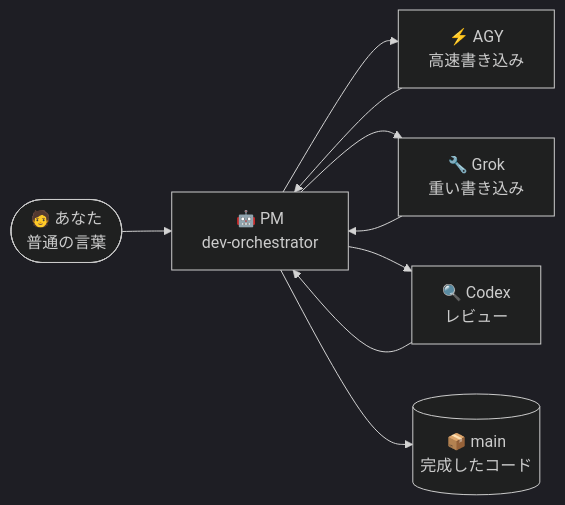
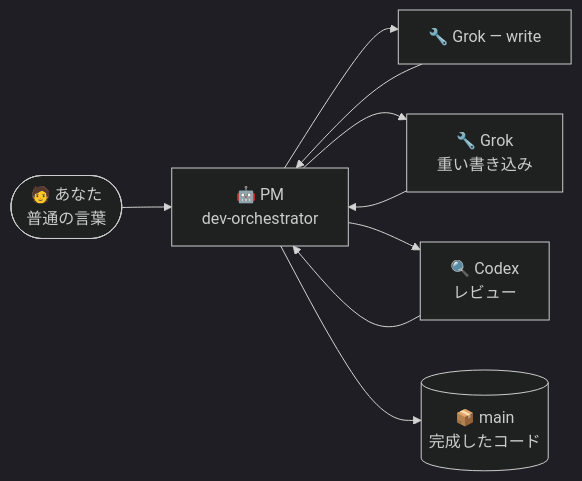
The diagram in docs/BEGINNER.ja.md (VKirill/claude-lane-stack), drawn with Mermaid (dark theme) before and after one commit. The commit also changed other lines of this file and 57 other files, not shown here.

First line of the commit message:
feat(lanes): Grok-only write + progressive MODE defaults

````diff
--- a/docs/BEGINNER.ja.md
+++ b/docs/BEGINNER.ja.md
@@ -20,11 +20,11 @@
 ```mermaid
 flowchart LR
     You(["🧑 あなた<br/>普通の言葉"]) --> PM["🤖 PM<br/>dev-orchestrator"]
-    PM --> W1["⚡ AGY<br/>高速書き込み"]
+    PM --> W1["🔧 Grok — write"]
     PM --> W2["🔧 Grok<br/>重い書き込み"]
     PM --> W3["🔍 Codex<br/>レビュー"]
     W1 --> PM
     W2 --> PM
     W3 --> PM
     PM --> Main[("📦 main<br/>完成したコード")]
 ```
````
